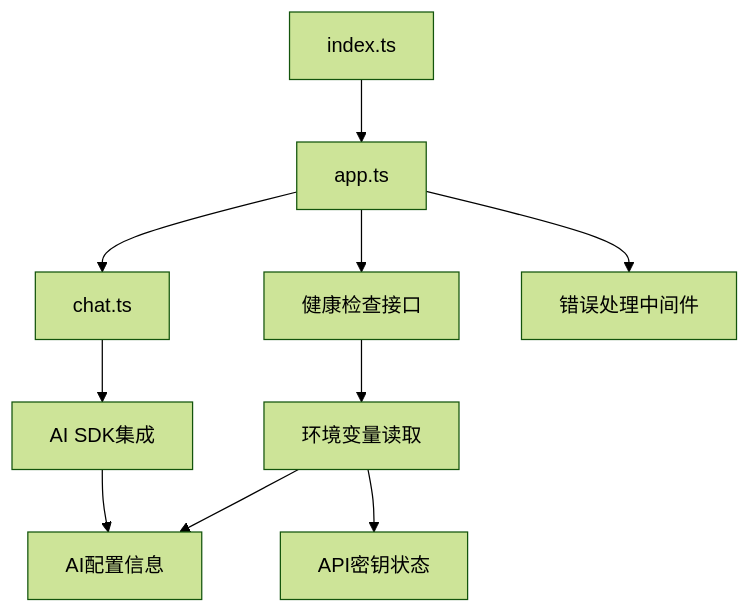
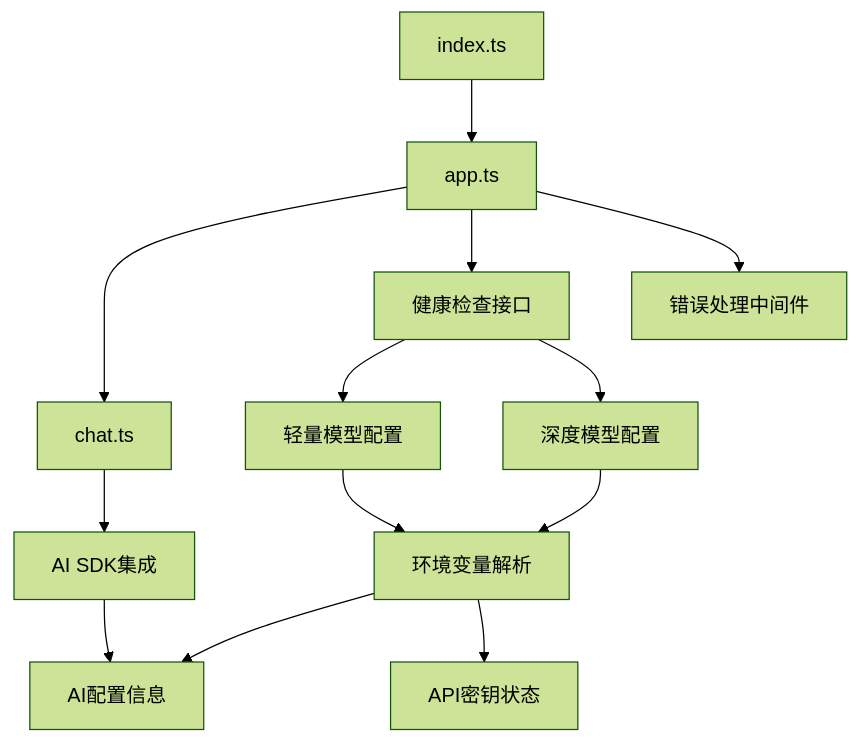
Before and after one commit to aHin0805/FH6CarSettingAgent: the seventh of 8 diagrams in .qoder/repowiki/zh/content/API参考文档/健康检查接口.md, drawn with Mermaid (forest theme). The commit also changed other lines of this file and 59 other files, not shown here.

````diff
--- a/.qoder/repowiki/zh/content/API参考文档/健康检查接口.md
+++ b/.qoder/repowiki/zh/content/API参考文档/健康检查接口.md
@@ -268,12 +308,15 @@
 ```mermaid
 graph TD
 A[app.ts] --> B[chat.ts]
 A --> C[健康检查接口]
 A --> D[错误处理中间件]
 E[index.ts] --> A
-C --> F[环境变量读取]
-F --> G[AI配置信息]
-F --> H[API密钥状态]
-B --> I[AI SDK集成]
-I --> G
+C --> F[轻量模型配置]
+C --> G[深度模型配置]
+F --> H[环境变量解析]
+G --> H
+H --> I[AI配置信息]
+H --> J[API密钥状态]
+B --> K[AI SDK集成]
+K --> I
 ```
````
